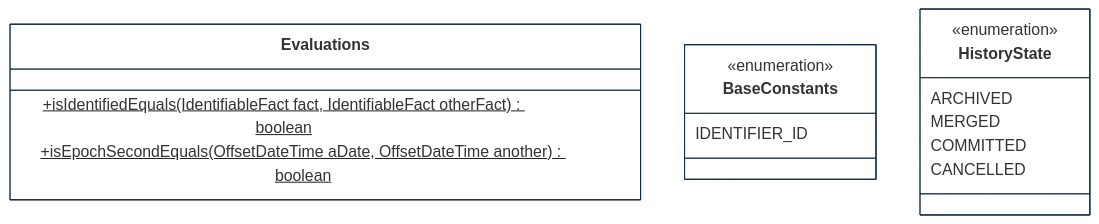
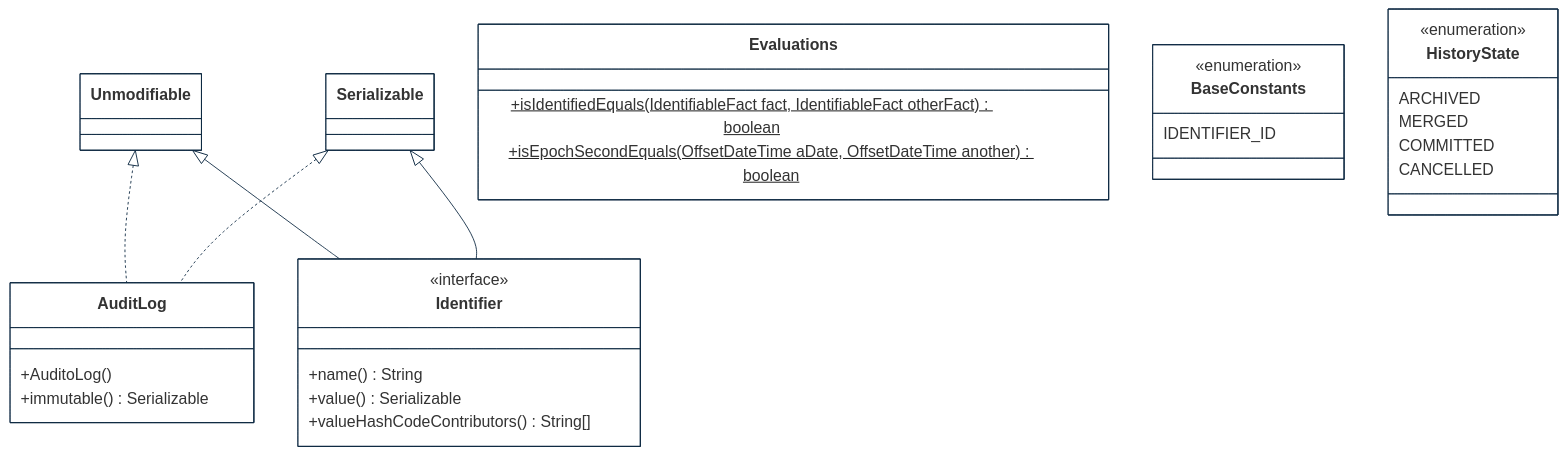
Before and after one commit to cybnity/foundation: the second of 6 diagrams in implementations-line/framework/immutable/designview-packages.md, drawn with Mermaid. The commit also changed other lines of this file and 1 other file, not shown here.

````diff
--- a/implementations-line/framework/immutable/designview-packages.md
+++ b/implementations-line/framework/immutable/designview-packages.md
@@ -123,36 +124,49 @@
 ```mermaid
 %%{
   init: {
     'theme': 'base',
     'themeVariables': {
         'background': '#ffffff',
         'fontFamily': 'arial',
         'fontSize': '18px',
         'primaryColor': '#fff',
         'primaryBorderColor': '#0e2a43',
         'secondaryBorderColor': '#0e2a43',
         'tertiaryBorderColor': '#0e2a43',
         'edgeLabelBackground':'#0e2a43',
         'lineColor': '#0e2a43',
         'tertiaryColor': '#fff'
     }
   }
 }%%
 classDiagram
-
+    Unmodifiable <|.. AuditLog
+    Serializable <|.. AuditLog
+    Unmodifiable <|-- Identifier
+    Serializable <|-- Identifier
+    class Identifier {
+        <<interface>>
+        +name() String
+        +value() Serializable
+        +valueHashCodeContributors() String[]
+    }
+    class AuditLog {
+        +AuditoLog()
+        +immutable() Serializable
+    }
     class Evaluations {
         +isIdentifiedEquals(IdentifiableFact fact, IdentifiableFact otherFact)$ boolean
         +isEpochSecondEquals(OffsetDateTime aDate, OffsetDateTime another)$ boolean
     }
     class BaseConstants {
         <<enumeration>>
         IDENTIFIER_ID
     }
     class HistoryState {
         <<enumeration>>
         ARCHIVED
         MERGED
         COMMITTED
         CANCELLED
     }
 ```
````
